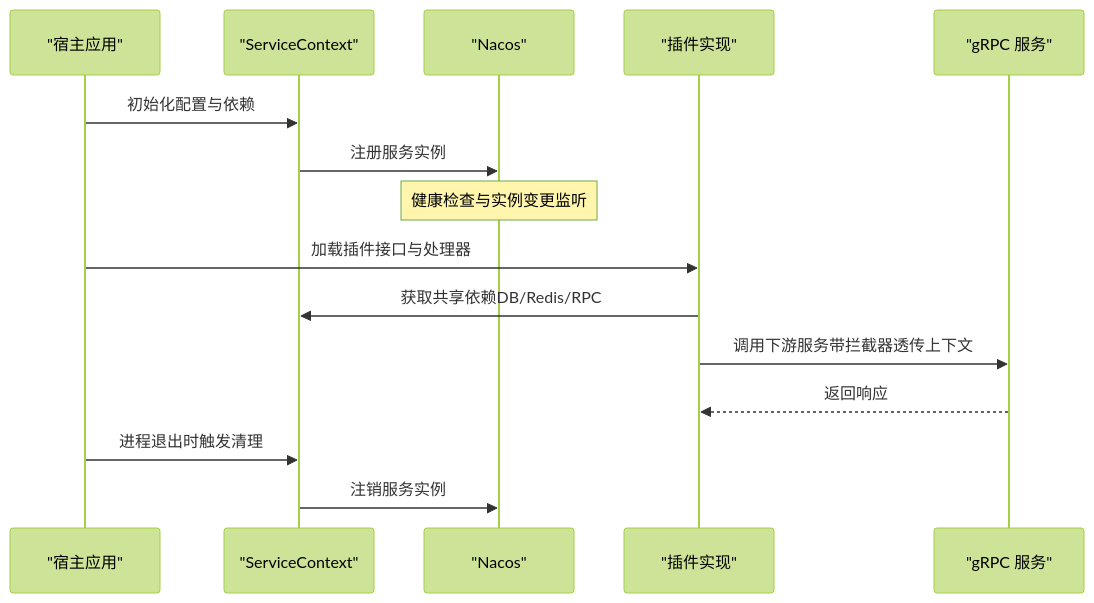
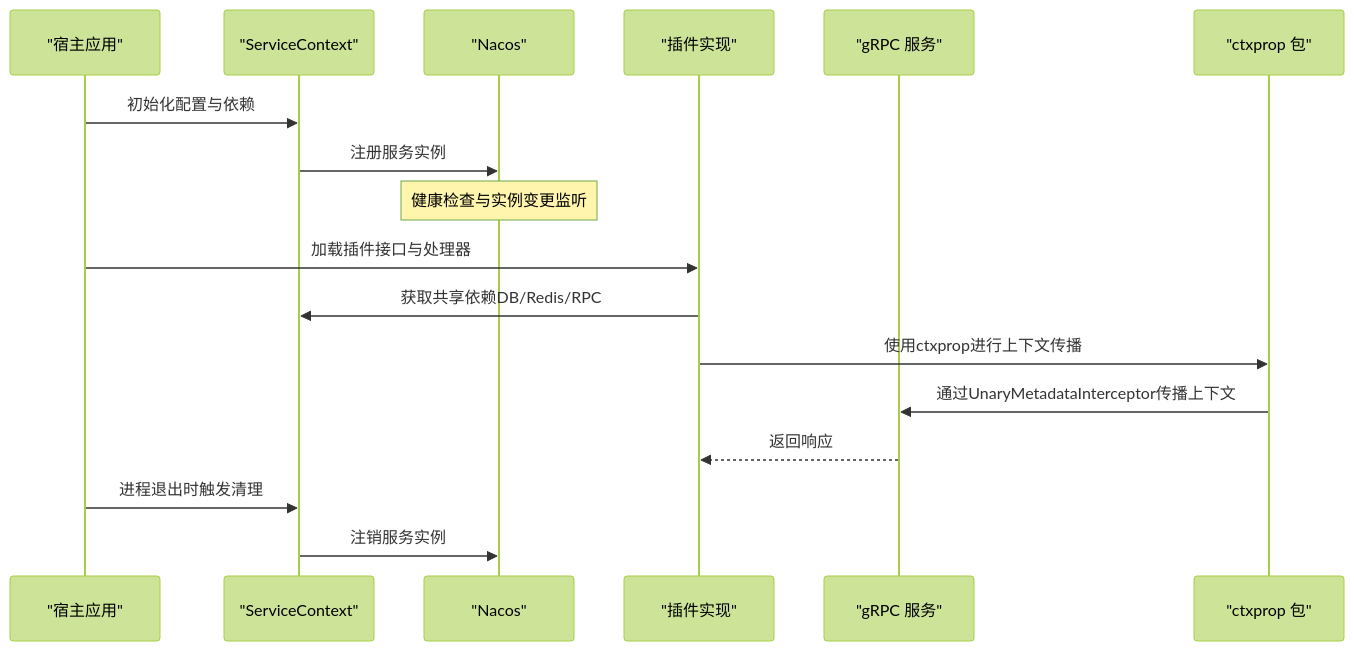
Before and after one commit to maomao94/zero-service: the second of 9 diagrams in .qoder/repowiki/zh/content/扩展开发/插件开发.md, drawn with Mermaid (forest theme). The commit also changed other lines of this file and 19 other files, not shown here.

````diff
--- a/.qoder/repowiki/zh/content/扩展开发/插件开发.md
+++ b/.qoder/repowiki/zh/content/扩展开发/插件开发.md
@@ -104,17 +131,19 @@
 ```mermaid
 sequenceDiagram
 participant Host as "宿主应用"
 participant SC as "ServiceContext"
 participant Nacos as "Nacos"
 participant Plugin as "插件实现"
 participant RPC as "gRPC 服务"
+participant CTX as "ctxprop 包"
 Host->>SC : 初始化配置与依赖
 SC->>Nacos : 注册服务实例
 Note over Nacos : 健康检查与实例变更监听
 Host->>Plugin : 加载插件接口与处理器
 Plugin->>SC : 获取共享依赖DB/Redis/RPC
-Plugin->>RPC : 调用下游服务带拦截器透传上下文
+Plugin->>CTX : 使用ctxprop进行上下文传播
+CTX->>RPC : 通过UnaryMetadataInterceptor传播上下文
 RPC-->>Plugin : 返回响应
 Host->>SC : 进程退出时触发清理
 SC->>Nacos : 注销服务实例
 ```
````
